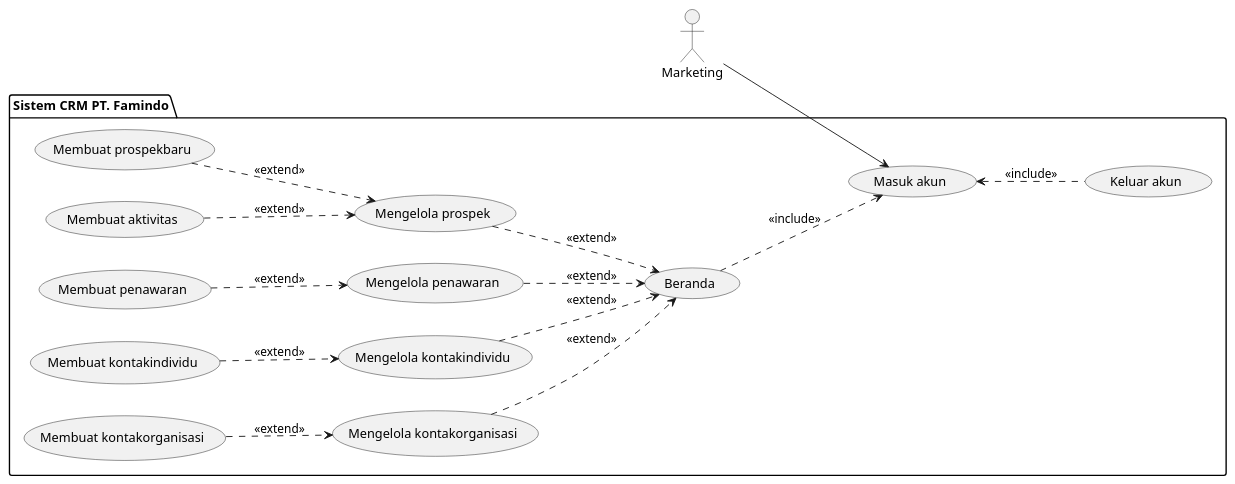
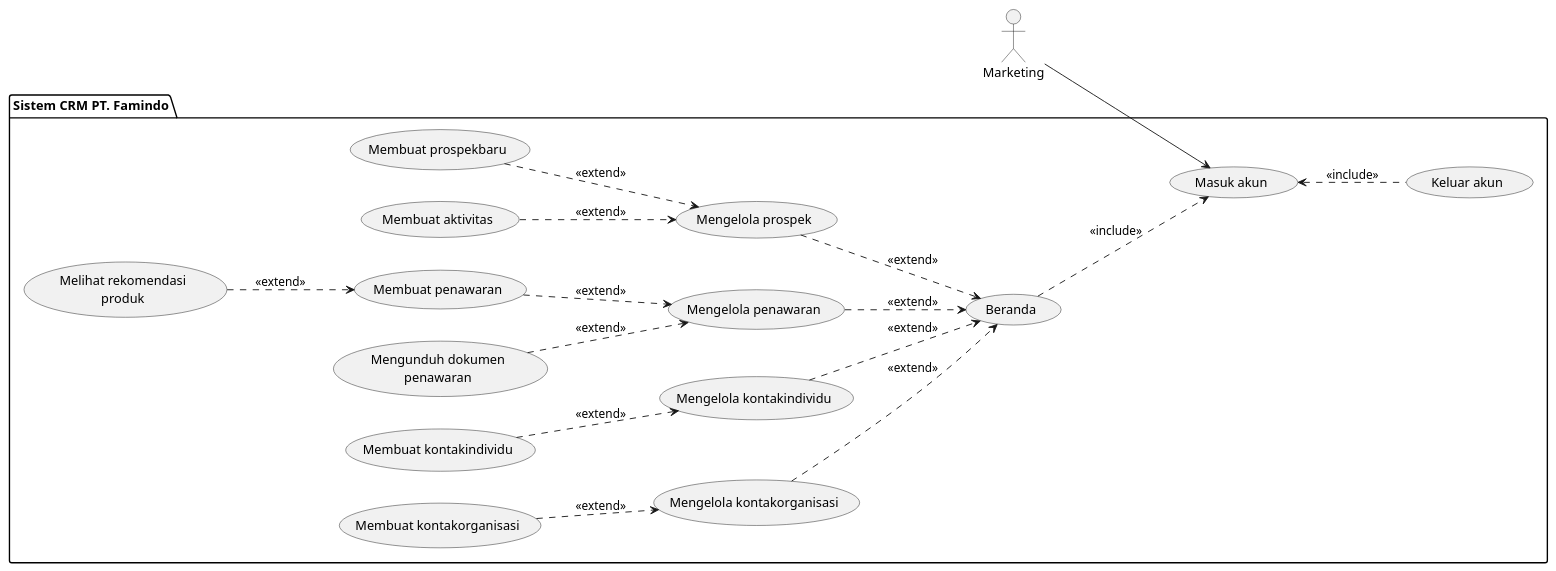
One commit to quenzvezda/laravel-crm changed the diagram in docs/BAB-4/4.3/4.3.1/use-case-marketing.puml. Above: the diagram before and after it, drawn with PlantUML. The commit also changed 14 other files, not shown here.

```diff
--- a/docs/BAB-4/4.3/4.3.1/use-case-marketing.puml
+++ b/docs/BAB-4/4.3/4.3.1/use-case-marketing.puml
@@ -1,41 +1,45 @@
 @startuml
 left to right direction
 actor "Marketing" as M
 
 package "Sistem CRM PT. Famindo" {
     usecase "Masuk akun" as UC_Login
     usecase "Keluar akun" as UC_Logout
     usecase "Beranda" as UC_Home
 
     ' Grup Modul CRM (Operasional)
     usecase "Mengelola prospek" as UC_Manage_Prospect
     usecase "Membuat prospekbaru" as UC_Create_Prospect
     usecase "Membuat aktivitas" as UC_Create_Activity
     usecase "Mengelola penawaran" as UC_Manage_Quote
     usecase "Membuat penawaran" as UC_Create_Quote
+    usecase "Melihat rekomendasi\nproduk" as UC_View_Rec
+    usecase "Mengunduh dokumen\npenawaran" as UC_Download_Quote
     usecase "Mengelola kontakindividu" as UC_Manage_ContactInd
     usecase "Membuat kontakindividu" as UC_Create_ContactInd
     usecase "Mengelola kontakorganisasi" as UC_Manage_ContactOrg
     usecase "Membuat kontakorganisasi" as UC_Create_ContactOrg
 
     ' Relasi Aktor
     M --> UC_Login
 
     ' Relasi Include
     UC_Home ..> UC_Login : <<include>>
     UC_Login <.. UC_Logout : <<include>>
 
     ' Relasi Extend ke Beranda (Menu Utama)
     UC_Manage_Prospect ..> UC_Home : <<extend>>
     UC_Manage_Quote ..> UC_Home : <<extend>>
     UC_Manage_ContactInd ..> UC_Home : <<extend>>
     UC_Manage_ContactOrg ..> UC_Home : <<extend>>
 
     ' Relasi Extend Sub-Fitur (CRUD)
     UC_Create_Prospect ..> UC_Manage_Prospect : <<extend>>
     UC_Create_Activity ..> UC_Manage_Prospect : <<extend>>
     UC_Create_Quote ..> UC_Manage_Quote : <<extend>>
+    UC_View_Rec ..> UC_Create_Quote : <<extend>>
+    UC_Download_Quote ..> UC_Manage_Quote : <<extend>>
     UC_Create_ContactInd ..> UC_Manage_ContactInd : <<extend>>
     UC_Create_ContactOrg ..> UC_Manage_ContactOrg : <<extend>>
 }
 @enduml
```
